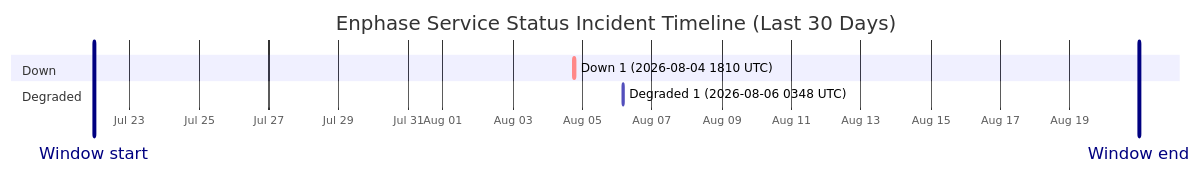
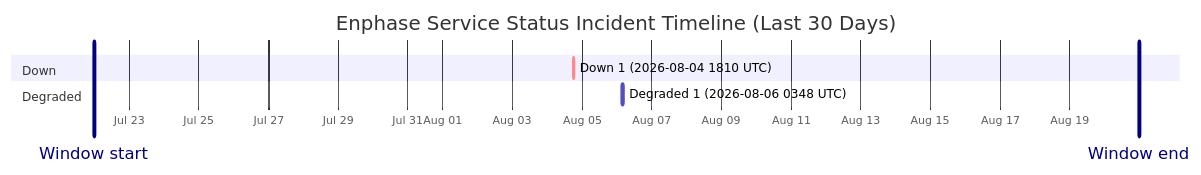
Before and after one commit to barneyonline/ha-enphase-energy: the diagram in wiki/Service-Status-History.md, drawn with Mermaid. The commit also changed other lines of this file and 3 other files, not shown here.

````diff
--- a/wiki/Service-Status-History.md
+++ b/wiki/Service-Status-History.md
@@ -14,12 +14,12 @@
 ```mermaid
 gantt
     title Enphase Service Status Incident Timeline (Last 30 Days)
     dateFormat  YYYY-MM-DDTHH:mm:ss
     axisFormat  %b %d
-    Window start :vert, window-start, 2026-07-21T23:23:07, 0ms
-    Window end :vert, window-end, 2026-08-20T23:23:07, 0ms
+    Window start :vert, window-start, 2026-07-21T23:49:42, 0ms
+    Window end :vert, window-end, 2026-08-20T23:49:42, 0ms
     section Down
     Down 1 (2026-08-04 1810 UTC) :crit, down-1, 2026-08-04T18:10:46, 60m
     section Degraded
     Degraded 1 (2026-08-06 0348 UTC) :active, degraded-1, 2026-08-06T03:48:14, 60m
 ```
````
